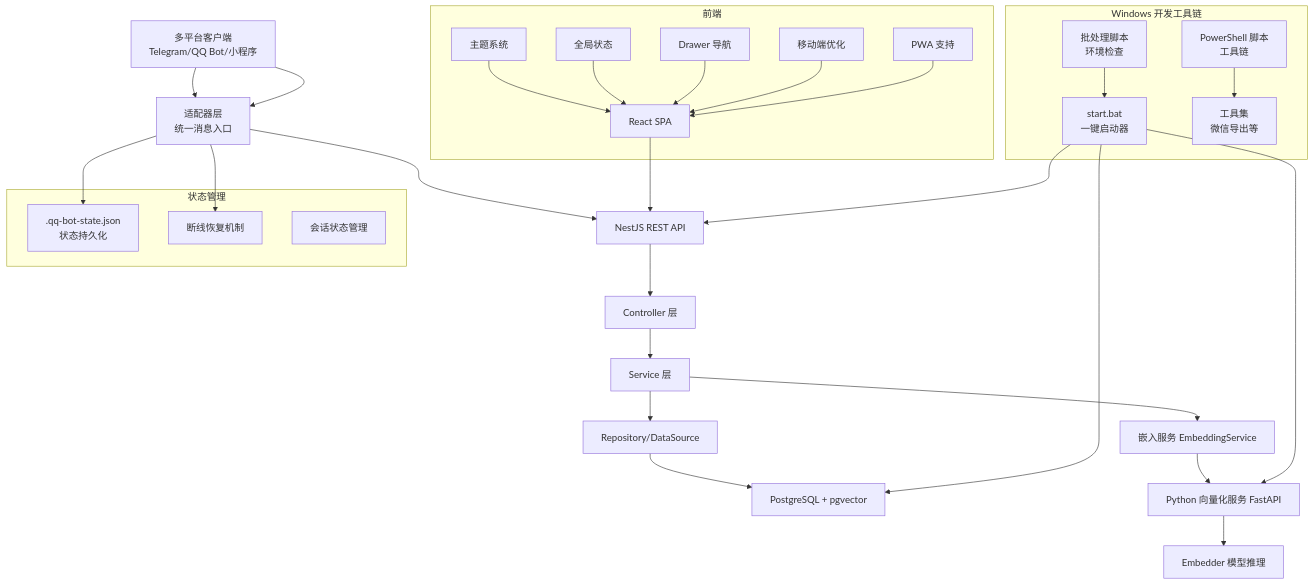
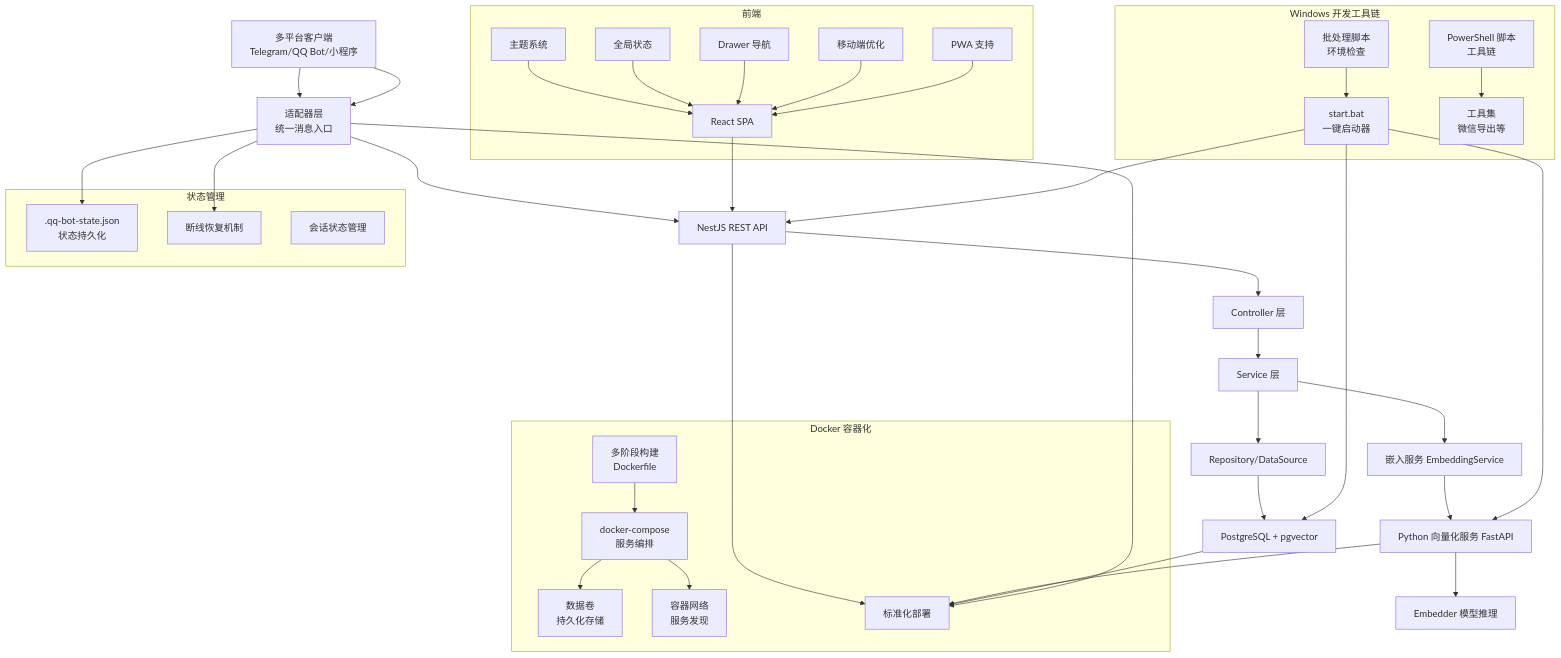
Before and after one commit to L1mingyoung/ex: the second of 11 diagrams in .qoder/repowiki/zh/content/项目概述/学习笔记.md, drawn with Mermaid. The commit also changed other lines of this file and 16 other files, not shown here.

````diff
--- a/.qoder/repowiki/zh/content/项目概述/学习笔记.md
+++ b/.qoder/repowiki/zh/content/项目概述/学习笔记.md
@@ -195,45 +218,59 @@
 ```mermaid
 graph TB
 CLIENT["多平台客户端<br/>Telegram/QQ Bot/小程序"] --> ADAPTERS["适配器层<br/>统一消息入口"]
 ADAPTERS --> API["NestJS REST API"]
 API --> CTRL["Controller 层"]
 CTRL --> SVC["Service 层"]
 SVC --> REPO["Repository/DataSource"]
 REPO --> DB["PostgreSQL + pgvector"]
 SVC --> EMB["嵌入服务 EmbeddingService"]
 EMB --> PY["Python 向量化服务 FastAPI"]
 PY --> EMB_MODEL["Embedder 模型推理"]
+subgraph "Docker 容器化"
+DOCKERFILE["多阶段构建<br/>Dockerfile"]
+COMPOSE["docker-compose<br/>服务编排"]
+VOLUMES["数据卷<br/>持久化存储"]
+NETWORK["容器网络<br/>服务发现"]
+END_DOCKER["标准化部署"]
+end
 subgraph "Windows 开发工具链"
 START["start.bat<br/>一键启动器"]
 BAT["批处理脚本<br/>环境检查"]
 PS["PowerShell 脚本<br/>工具链"]
 TOOLS["工具集<br/>微信导出等"]
 end
 subgraph "前端"
 WEB["React SPA"]
 THEME["主题系统"]
 CONTEXT["全局状态"]
 DRAWER["Drawer 导航"]
 MOBILE["移动端优化"]
 END_WEB["PWA 支持"]
 end
 subgraph "状态管理"
 STATE[".qq-bot-state.json<br/>状态持久化"]
 RESUME["断线恢复机制"]
 END_STATE["会话状态管理"]
 end
 CLIENT --> ADAPTERS
 ADAPTERS --> STATE
 ADAPTERS --> RESUME
 WEB --> API
 START --> API
 START --> PY
 START --> DB
 BAT --> START
 PS --> TOOLS
 THEME --> WEB
 CONTEXT --> WEB
 DRAWER --> WEB
 MOBILE --> WEB
+DOCKERFILE --> COMPOSE
+COMPOSE --> VOLUMES
+COMPOSE --> NETWORK
+API --> END_DOCKER
+PY --> END_DOCKER
+DB --> END_DOCKER
+ADAPTERS --> END_DOCKER
 END_WEB --> WEB
 ```
````
